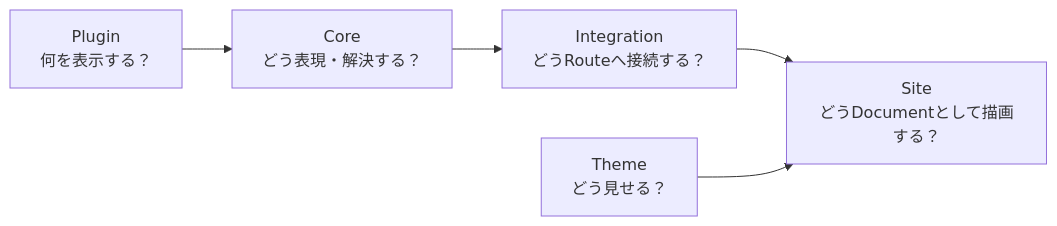
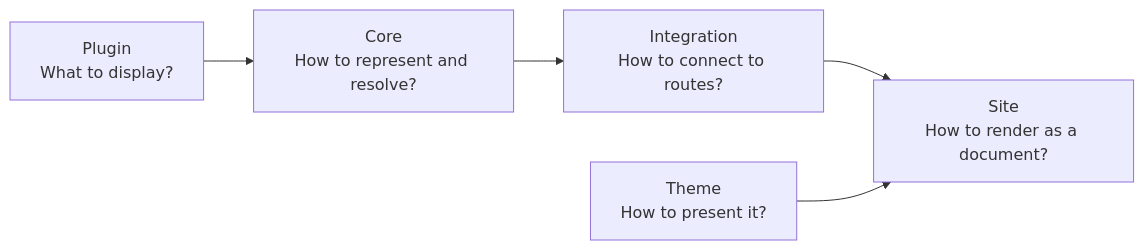
Diagram 14 of 14 in docs/docs/framework/page-system.md (Rerurate514/riebeckite), drawn with Mermaid before and after one commit. The commit also changed other lines of this file and 604 other files, not shown here.

````diff
--- a/docs/docs/framework/page-system.md
+++ b/docs/docs/framework/page-system.md
@@ -502,13 +480,13 @@
-```mermaid id="o60md4"
+```mermaid
 flowchart LR
-    Plugin["Plugin<br/>何を表示する？"]
-    Core["Core<br/>どう表現・解決する？"]
-    Integration["Integration<br/>どうRouteへ接続する？"]
-    Site["Site<br/>どうDocumentとして描画する？"]
-    Theme["Theme<br/>どう見せる？"]
+    Plugin["Plugin<br/>What to display?"]
+    Core["Core<br/>How to represent and resolve?"]
+    Integration["Integration<br/>How to connect to routes?"]
+    Site["Site<br/>How to render as a document?"]
+    Theme["Theme<br/>How to present it?"]
 
     Plugin --> Core
     Core --> Integration
     Integration --> Site
     Theme --> Site
 ```
````
